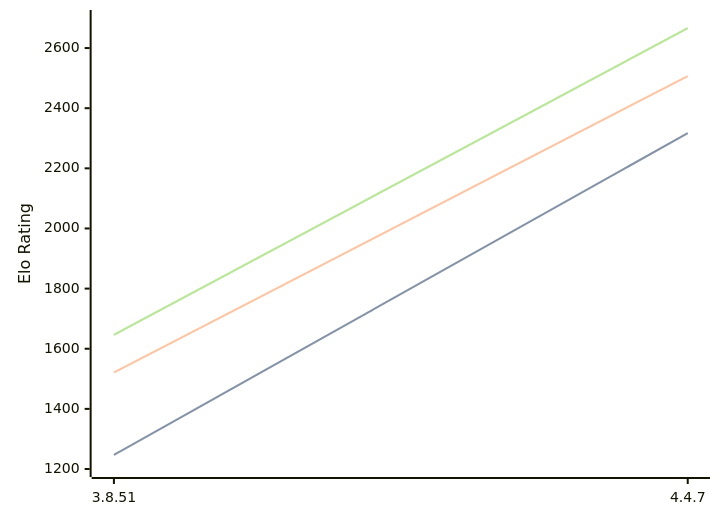
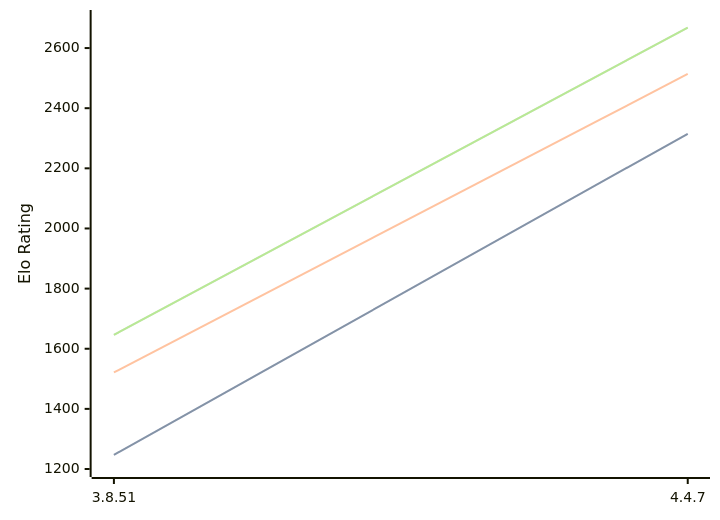
The diagram in engines/Scoria.md (computer-chess-index/cci), drawn with Mermaid before and after one commit. The commit also changed other lines of this file, not shown here.

Commit message:
Update CCI Ratings (ELO VLTC) - 2026-08-20

````diff
--- a/engines/Scoria.md
+++ b/engines/Scoria.md
@@ -32,11 +32,11 @@
 ```mermaid
 %%{init: {"theme":"base","themeVariables":{"seriesColors:['#a3a3a3','#222221','#faa371']}}}%%
 xychart-beta
   x-axis ["3.8.51", "4.4.7"]
   y-axis "Elo Rating" 1200 --> 2700
-  line "STC (8.0+0.08s)" [1247, 2317]
-  line "STC (8.0+0.08s)" [1247, 2317]
-  line "LTC (60.0+0.60s)" [1521, 2507]
-  line "VLTC (2m24s+1.12s)" [1646, 2666]
-  line "VLTC (2m24s+1.12s)" [1646, 2666]
+  line "STC (8.0+0.08s)" [1247, 2315]
+  line "STC (8.0+0.08s)" [1247, 2315]
+  line "LTC (60.0+0.60s)" [1521, 2514]
+  line "VLTC (2m24s+1.12s)" [1646, 2668]
+  line "VLTC (2m24s+1.12s)" [1646, 2668]
 ```
````
